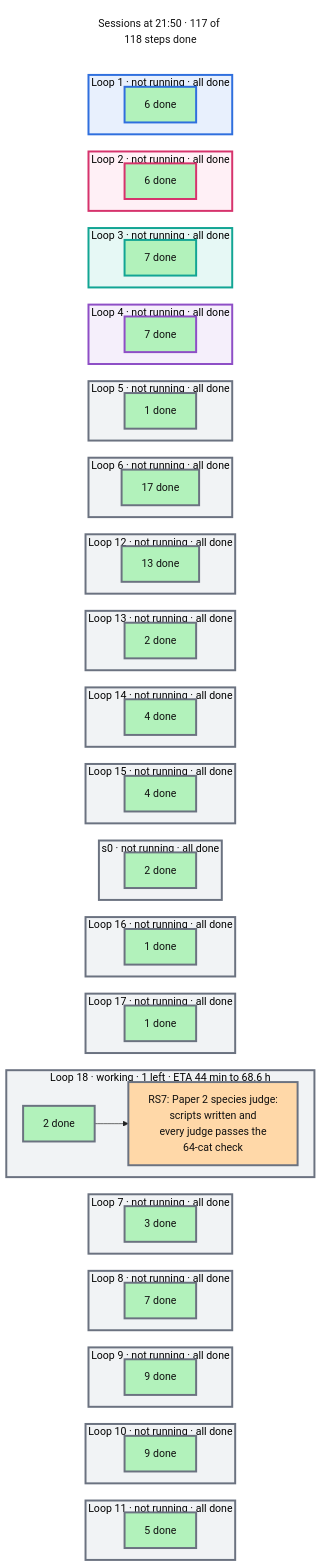
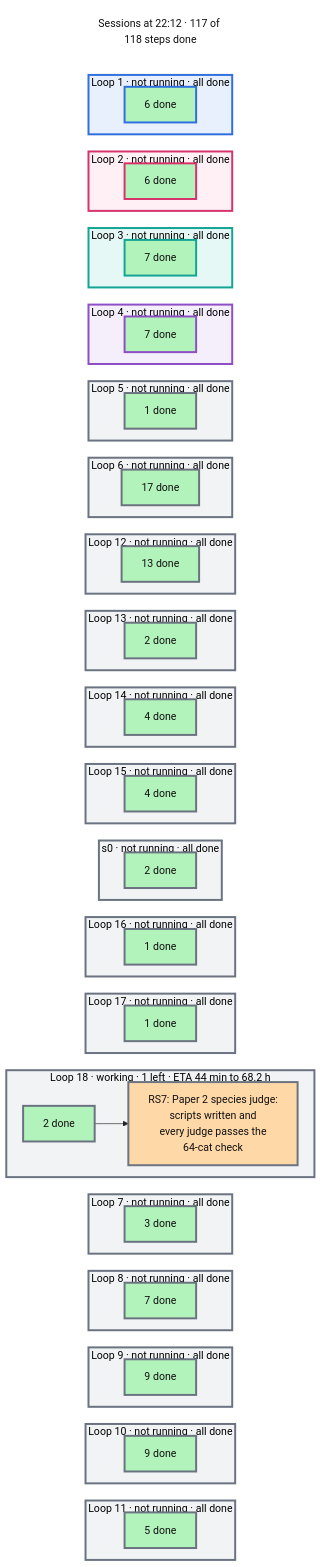
The diagram in artifacts/notes/progress/sessions.mmd (mo-rsa24/concept-composition), drawn with Mermaid before and after one commit. The commit also changed 8 other files, not shown here.

```diff
--- a/artifacts/notes/progress/sessions.mmd
+++ b/artifacts/notes/progress/sessions.mmd
@@ -1,124 +1,124 @@
 %%{init: {'theme': 'base', 'themeVariables': {'fontFamily': 'monospace', 'primaryColor': '#ffffff', 'primaryBorderColor': '#222222', 'primaryTextColor': '#111111', 'lineColor': '#222222'}, 'flowchart': {'nodeSpacing': 16, 'rankSpacing': 26}}}%%
 flowchart TB
   classDef done fill:#b2f2bb,color:#111111
   classDef doing fill:#ffd8a8,color:#111111
   classDef todo fill:#e9ecef,color:#111111
   classDef note fill:#ffffff,stroke:#c92a2a,stroke-dasharray:5 5,color:#c92a2a
-  now["Sessions at 21:50 · 117 of 118 steps done"]
+  now["Sessions at 22:12 · 117 of 118 steps done"]
   style now fill:#ffffff,stroke:#ffffff,color:#111111
   subgraph L0["Loop 1 · not running · all done"]
     direction LR
     d0["6 done"]:::done
   end
   subgraph L1["Loop 2 · not running · all done"]
     direction LR
     d1["6 done"]:::done
   end
   subgraph L2["Loop 3 · not running · all done"]
     direction LR
     d2["7 done"]:::done
   end
   subgraph L3["Loop 4 · not running · all done"]
     direction LR
     d3["7 done"]:::done
   end
   subgraph L4["Loop 5 · not running · all done"]
     direction LR
     d4["1 done"]:::done
   end
   subgraph L5["Loop 6 · not running · all done"]
     direction LR
     d5["17 done"]:::done
   end
   subgraph L6["Loop 12 · not running · all done"]
     direction LR
     d6["13 done"]:::done
   end
   subgraph L7["Loop 13 · not running · all done"]
     direction LR
     d7["2 done"]:::done
   end
   subgraph L8["Loop 14 · not running · all done"]
     direction LR
     d8["4 done"]:::done
   end
   subgraph L9["Loop 15 · not running · all done"]
     direction LR
     d9["4 done"]:::done
   end
   subgraph L10["s0 · not running · all done"]
     direction LR
     d10["2 done"]:::done
   end
   subgraph L11["Loop 16 · not running · all done"]
     direction LR
     d11["1 done"]:::done
   end
   subgraph L12["Loop 17 · not running · all done"]
     direction LR
     d12["1 done"]:::done
   end
-  subgraph L13["Loop 18 · working · 1 left · ETA 44 min to 68.6 h"]
+  subgraph L13["Loop 18 · working · 1 left · ETA 44 min to 68.2 h"]
     direction LR
     d13["2 done"]:::done --> n_RS7["RS7: Paper 2 species judge:<br/>scripts written and<br/>every judge passes the<br/>64-cat check"]:::doing
   end
   subgraph L14["Loop 7 · not running · all done"]
     direction LR
     d14["3 done"]:::done
   end
   subgraph L15["Loop 8 · not running · all done"]
     direction LR
     d15["7 done"]:::done
   end
   subgraph L16["Loop 9 · not running · all done"]
     direction LR
     d16["9 done"]:::done
   end
   subgraph L17["Loop 10 · not running · all done"]
     direction LR
     d17["9 done"]:::done
   end
   subgraph L18["Loop 11 · not running · all done"]
     direction LR
     d18["5 done"]:::done
   end
   now ~~~ L0 ~~~ L1 ~~~ L2 ~~~ L3 ~~~ L4 ~~~ L5 ~~~ L6 ~~~ L7 ~~~ L8 ~~~ L9 ~~~ L10 ~~~ L11 ~~~ L12 ~~~ L13 ~~~ L14 ~~~ L15 ~~~ L16 ~~~ L17 ~~~ L18
   style L0 fill:#e8f0fd,stroke:#2f6fde,stroke-width:3px
   style d0 stroke:#2f6fde,stroke-width:3px
   style L1 fill:#fff0f6,stroke:#d6336c,stroke-width:3px
   style d1 stroke:#d6336c,stroke-width:3px
   style L2 fill:#e6f8f5,stroke:#12a594,stroke-width:3px
   style d2 stroke:#12a594,stroke-width:3px
   style L3 fill:#f5effb,stroke:#8e4ec6,stroke-width:3px
   style d3 stroke:#8e4ec6,stroke-width:3px
   style L4 fill:#f1f3f5,stroke:#6b7280,stroke-width:3px
   style d4 stroke:#6b7280,stroke-width:3px
   style L5 fill:#f1f3f5,stroke:#6b7280,stroke-width:3px
   style d5 stroke:#6b7280,stroke-width:3px
   style L6 fill:#f1f3f5,stroke:#6b7280,stroke-width:3px
   style d6 stroke:#6b7280,stroke-width:3px
   style L7 fill:#f1f3f5,stroke:#6b7280,stroke-width:3px
   style d7 stroke:#6b7280,stroke-width:3px
   style L8 fill:#f1f3f5,stroke:#6b7280,stroke-width:3px
   style d8 stroke:#6b7280,stroke-width:3px
   style L9 fill:#f1f3f5,stroke:#6b7280,stroke-width:3px
   style d9 stroke:#6b7280,stroke-width:3px
   style L10 fill:#f1f3f5,stroke:#6b7280,stroke-width:3px
   style d10 stroke:#6b7280,stroke-width:3px
   style L11 fill:#f1f3f5,stroke:#6b7280,stroke-width:3px
   style d11 stroke:#6b7280,stroke-width:3px
   style L12 fill:#f1f3f5,stroke:#6b7280,stroke-width:3px
   style d12 stroke:#6b7280,stroke-width:3px
   style L13 fill:#f1f3f5,stroke:#6b7280,stroke-width:3px
   style d13 stroke:#6b7280,stroke-width:3px
   style n_RS7 stroke:#6b7280,stroke-width:3px
   style L14 fill:#f1f3f5,stroke:#6b7280,stroke-width:3px
   style d14 stroke:#6b7280,stroke-width:3px
   style L15 fill:#f1f3f5,stroke:#6b7280,stroke-width:3px
   style d15 stroke:#6b7280,stroke-width:3px
   style L16 fill:#f1f3f5,stroke:#6b7280,stroke-width:3px
   style d16 stroke:#6b7280,stroke-width:3px
   style L17 fill:#f1f3f5,stroke:#6b7280,stroke-width:3px
   style d17 stroke:#6b7280,stroke-width:3px
   style L18 fill:#f1f3f5,stroke:#6b7280,stroke-width:3px
   style d18 stroke:#6b7280,stroke-width:3px
```
